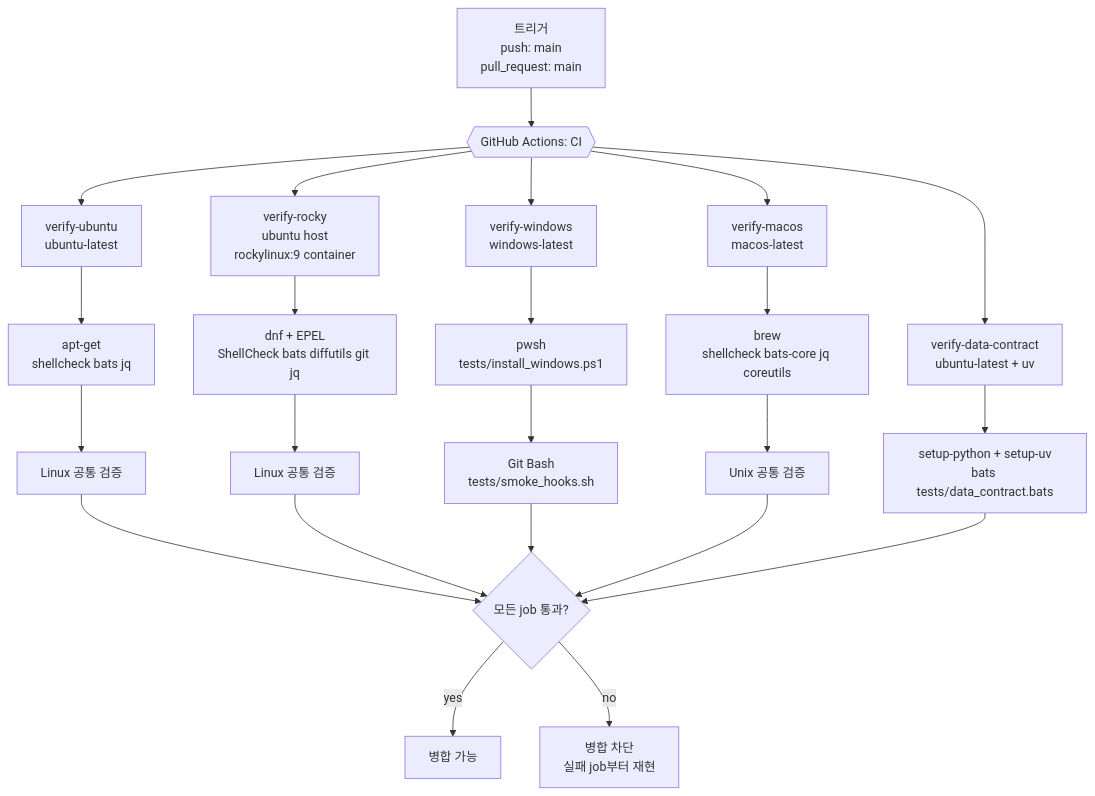
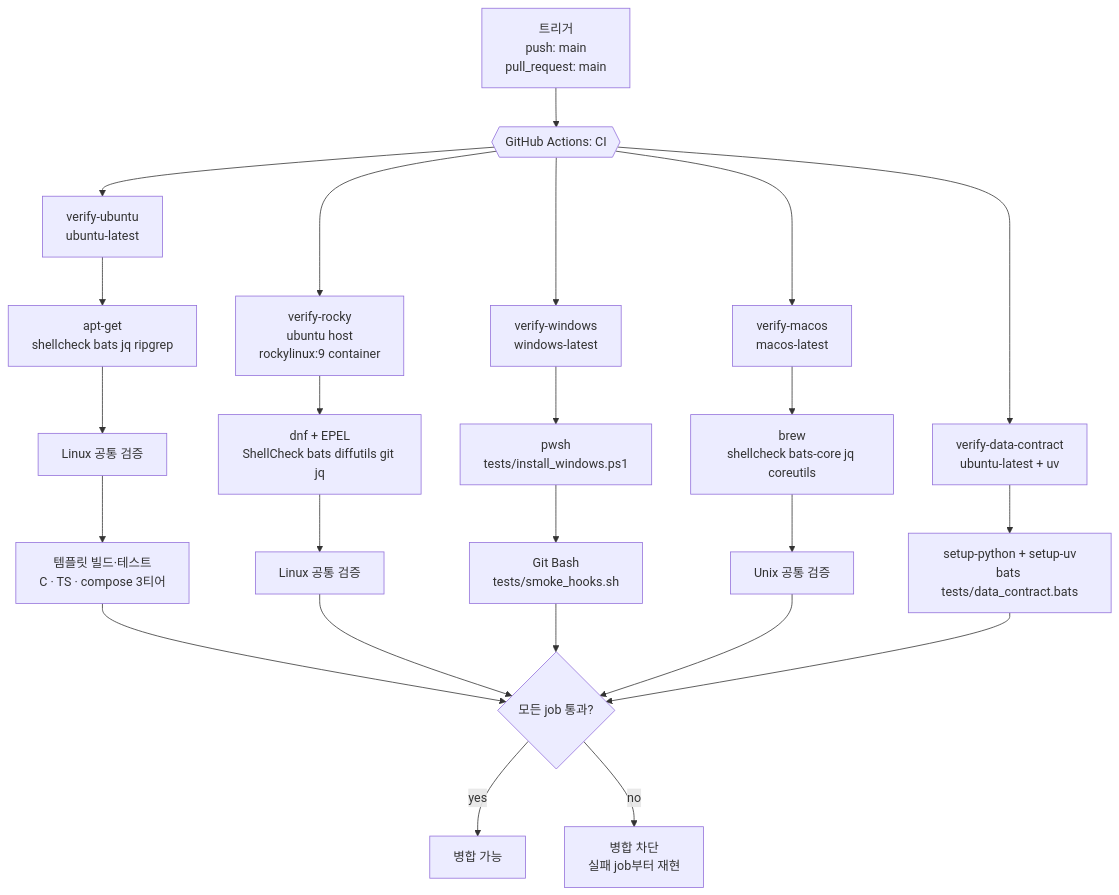
Before and after one commit to jomarusoup/Arachne: the first of 10 diagrams in docs/CI.md, drawn with Mermaid. The commit also changed other lines of this file and 69 other files, not shown here.

First line of the commit message:
docs: W6 문서·지시 파일 최신화와 구조 다이어그램 보강

````diff
--- a/docs/CI.md
+++ b/docs/CI.md
@@ -35,33 +36,34 @@
 ```mermaid
 flowchart TB
     TRIG["트리거<br/>push: main<br/>pull_request: main"] --> CI{{"GitHub Actions: CI"}}
 
     CI --> U["verify-ubuntu<br/>ubuntu-latest"]
     CI --> R["verify-rocky<br/>ubuntu host<br/>rockylinux:9 container"]
     CI --> W["verify-windows<br/>windows-latest"]
     CI --> M["verify-macos<br/>macos-latest"]
     CI --> DC["verify-data-contract<br/>ubuntu-latest + uv"]
 
-    U --> U1["apt-get<br/>shellcheck bats jq"]
+    U --> U1["apt-get<br/>shellcheck bats jq ripgrep"]
     U1 --> COMMON_U["Linux 공통 검증"]
+    COMMON_U --> U2["템플릿 빌드·테스트<br/>C · TS · compose 3티어"]
 
     R --> R1["dnf + EPEL<br/>ShellCheck bats diffutils git jq"]
     R1 --> COMMON_R["Linux 공통 검증"]
 
     W --> W1["pwsh<br/>tests/install_windows.ps1"]
     W1 --> W2["Git Bash<br/>tests/smoke_hooks.sh"]
 
     M --> M1["brew<br/>shellcheck bats-core jq coreutils"]
     M1 --> COMMON_M["Unix 공통 검증"]
 
     DC --> DC1["setup-python + setup-uv<br/>bats tests/data_contract.bats"]
 
-    COMMON_U --> GATE{"모든 job 통과?"}
+    U2 --> GATE{"모든 job 통과?"}
     COMMON_R --> GATE
     W2 --> GATE
     COMMON_M --> GATE
     DC1 --> GATE
 
     GATE -->|yes| OK["병합 가능"]
     GATE -->|no| BLOCK["병합 차단<br/>실패 job부터 재현"]
 ```
````
